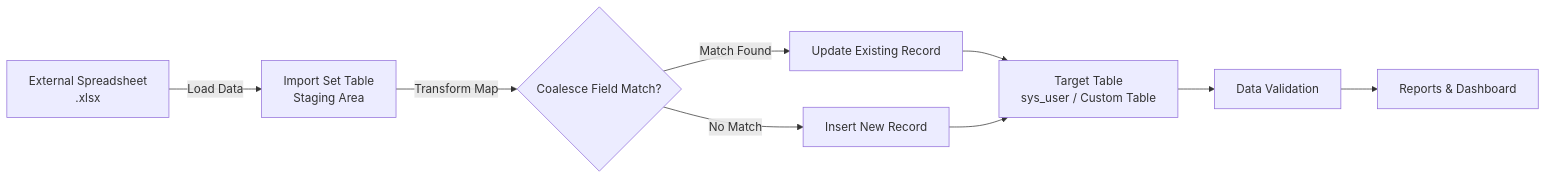
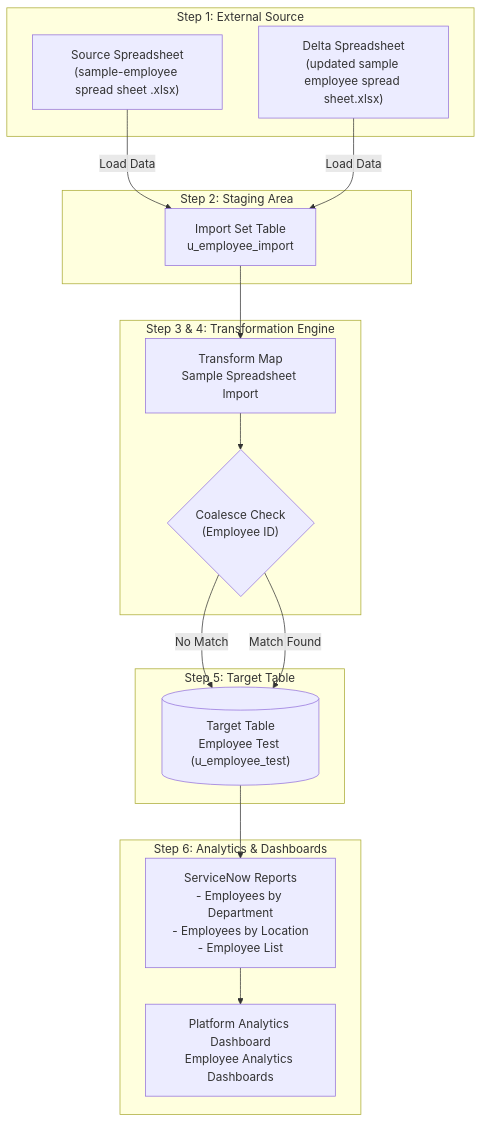
Before and after one commit to drago068/tnskill: the diagram in README.md, drawn with Mermaid. The commit also changed other lines of this file and 11 other files, not shown here.

````diff
--- a/README.md
+++ b/README.md
@@ -26,11 +23,34 @@
 ```mermaid
-flowchart LR
-    A[External Spreadsheet<br/>.xlsx] -->|Load Data| B[Import Set Table<br/>Staging Area]
-    B -->|Transform Map| C{Coalesce Field Match?}
-    C -->|Match Found| D[Update Existing Record]
-    C -->|No Match| E[Insert New Record]
-    D --> F[Target Table<br/>sys_user / Custom Table]
-    E --> F
-    F --> G[Data Validation]
-    G --> H[Reports & Dashboard]
+flowchart TD
+    subgraph Step 1: External Source
+        EX1["Source Spreadsheet<br/>(sample-employee spread sheet .xlsx)"]
+        EX2["Delta Spreadsheet<br/>(updated sample employee spread sheet.xlsx)"]
+    end
+
+    subgraph Step 2: Staging Area
+        IS["Import Set Table<br/>u_employee_import"]
+    end
+
+    subgraph Step 3 & 4: Transformation Engine
+        TM["Transform Map<br/>Sample Spreadsheet Import"]
+        CO{"Coalesce Check<br/>(Employee ID)"}
+    end
+
+    subgraph Step 5: Target Table
+        TT[("Target Table<br/>Employee Test (u_employee_test)")]
+    end
+
+    subgraph Step 6: Analytics & Dashboards
+        RP["ServiceNow Reports<br/>- Employees by Department<br/>- Employees by Location<br/>- Employee List"]
+        DB["Platform Analytics Dashboard<br/>Employee Analytics Dashboards"]
+    end
+
+    EX1 -->|Load Data| IS
+    EX2 -->|Load Data| IS
+    IS --> TM
+    TM --> CO
+    CO -->|No Match| TT
+    CO -->|Match Found| TT
+    TT --> RP
+    RP --> DB
 ```
````
